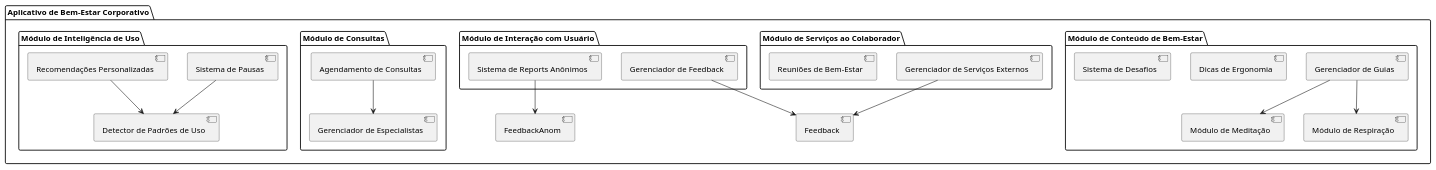
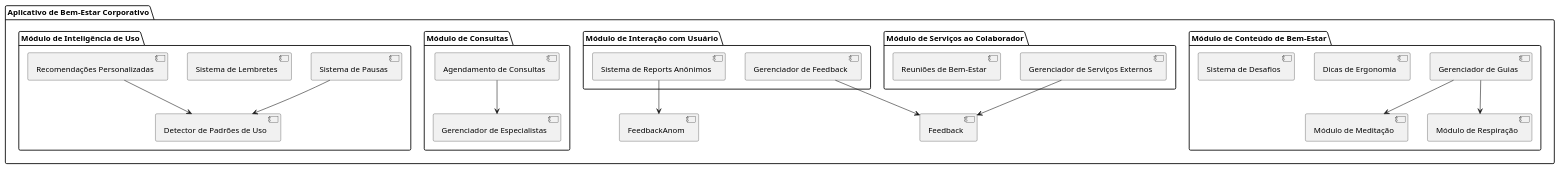
One commit to gilmarUFG/as_es_20251_g2 changed the diagram in trabalho_final/diagramas/diagrama_componentes.plantuml. Above: the diagram before and after it, drawn with PlantUML.

```diff
--- a/trabalho_final/diagramas/diagrama_componentes.plantuml
+++ b/trabalho_final/diagramas/diagrama_componentes.plantuml
@@ -1,49 +1,51 @@
 @startuml
 
 package "Aplicativo de Bem-Estar Corporativo" {
 
     package "Módulo de Conteúdo de Bem-Estar" {
         [Gerenciador de Guias]
         [Módulo de Meditação]
         [Módulo de Respiração]
         [Dicas de Ergonomia]
         [Sistema de Desafios]
     }
 
     package "Módulo de Serviços ao Colaborador" {
         [Gerenciador de Serviços Externos]
         [Reuniões de Bem-Estar]
     }
 
     package "Módulo de Interação com Usuário" {
         [Gerenciador de Feedback]
+        [Sistema de Desafios]
         [Sistema de Reports Anônimos]
     }
 
     package "Módulo de Consultas" {
         [Agendamento de Consultas]
         [Gerenciador de Especialistas]
     }
 
     package "Módulo de Inteligência de Uso" {
         [Detector de Padrões de Uso]
         [Sistema de Pausas]
+        [Sistema de Lembretes]
         [Recomendações Personalizadas]
     }
 
     [Gerenciador de Guias] --> [Módulo de Meditação]
     [Gerenciador de Guias] --> [Módulo de Respiração]
 
     [Gerenciador de Serviços Externos] --> [Feedback]
 
     [Agendamento de Consultas] --> [Gerenciador de Especialistas]
 
     [Recomendações Personalizadas] --> [Detector de Padrões de Uso]
 
     [Sistema de Pausas] --> [Detector de Padrões de Uso]
 
     [Gerenciador de Feedback] --> [Feedback]
     [Sistema de Reports Anônimos] --> [FeedbackAnom]
 }
 
 @enduml
```
